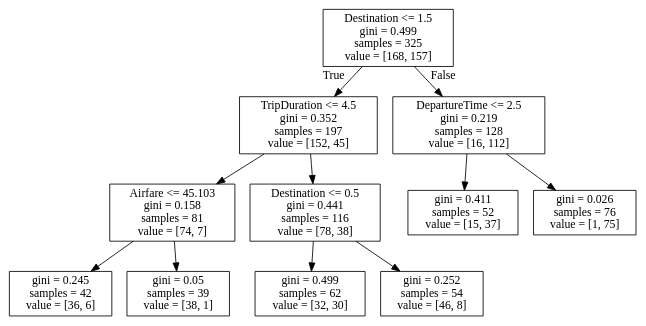
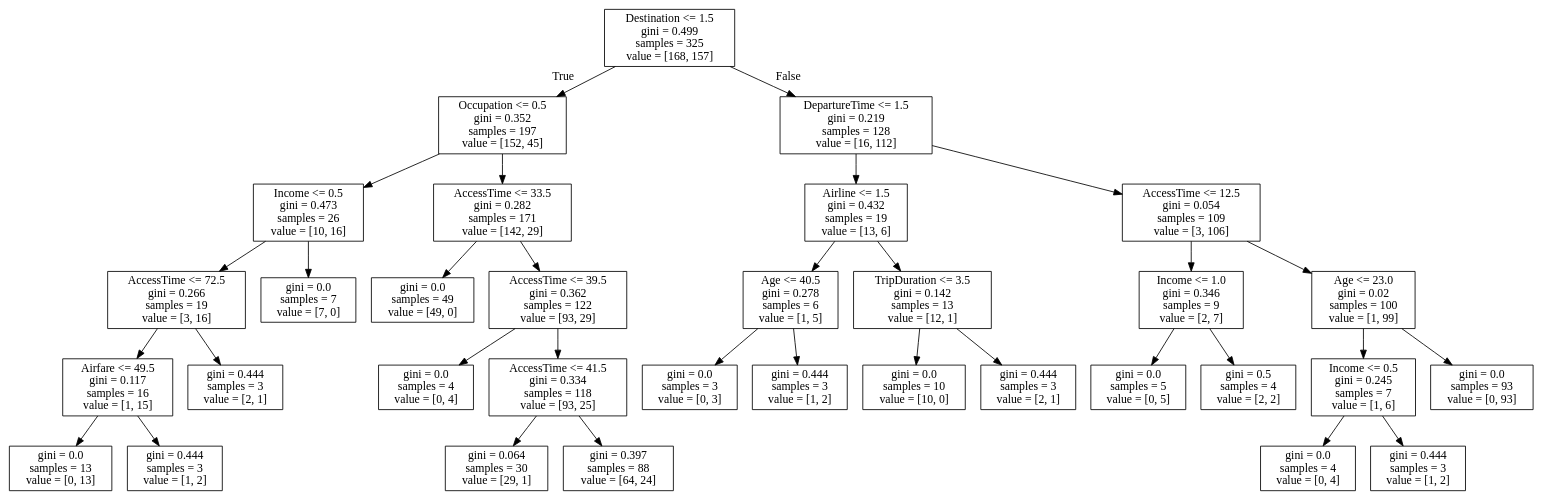
The diagram in Dtree_airport_2.dot (haoditu/BUAN_5310_ML), drawn with Graphviz before and after one commit. The commit also changed 1 other file, not shown here.

```diff
--- a/Dtree_airport_2.dot
+++ b/Dtree_airport_2.dot
@@ -1,24 +1,68 @@
 digraph Tree {
 node [shape=box] ;
 0 [label="Destination <= 1.5\ngini = 0.499\nsamples = 325\nvalue = [168, 157]"] ;
-1 [label="TripDuration <= 4.5\ngini = 0.352\nsamples = 197\nvalue = [152, 45]"] ;
+1 [label="Occupation <= 0.5\ngini = 0.352\nsamples = 197\nvalue = [152, 45]"] ;
 0 -> 1 [labeldistance=2.5, labelangle=45, headlabel="True"] ;
-2 [label="Airfare <= 45.103\ngini = 0.158\nsamples = 81\nvalue = [74, 7]"] ;
+2 [label="Income <= 0.5\ngini = 0.473\nsamples = 26\nvalue = [10, 16]"] ;
 1 -> 2 ;
-3 [label="gini = 0.245\nsamples = 42\nvalue = [36, 6]"] ;
+3 [label="AccessTime <= 72.5\ngini = 0.266\nsamples = 19\nvalue = [3, 16]"] ;
 2 -> 3 ;
-4 [label="gini = 0.05\nsamples = 39\nvalue = [38, 1]"] ;
-2 -> 4 ;
-5 [label="Destination <= 0.5\ngini = 0.441\nsamples = 116\nvalue = [78, 38]"] ;
-1 -> 5 ;
-6 [label="gini = 0.499\nsamples = 62\nvalue = [32, 30]"] ;
-5 -> 6 ;
-7 [label="gini = 0.252\nsamples = 54\nvalue = [46, 8]"] ;
-5 -> 7 ;
-8 [label="DepartureTime <= 2.5\ngini = 0.219\nsamples = 128\nvalue = [16, 112]"] ;
-0 -> 8 [labeldistance=2.5, labelangle=-45, headlabel="False"] ;
-9 [label="gini = 0.411\nsamples = 52\nvalue = [15, 37]"] ;
-8 -> 9 ;
-10 [label="gini = 0.026\nsamples = 76\nvalue = [1, 75]"] ;
-8 -> 10 ;
+4 [label="Airfare <= 49.5\ngini = 0.117\nsamples = 16\nvalue = [1, 15]"] ;
+3 -> 4 ;
+5 [label="gini = 0.0\nsamples = 13\nvalue = [0, 13]"] ;
+4 -> 5 ;
+6 [label="gini = 0.444\nsamples = 3\nvalue = [1, 2]"] ;
+4 -> 6 ;
+7 [label="gini = 0.444\nsamples = 3\nvalue = [2, 1]"] ;
+3 -> 7 ;
+8 [label="gini = 0.0\nsamples = 7\nvalue = [7, 0]"] ;
+2 -> 8 ;
+9 [label="AccessTime <= 33.5\ngini = 0.282\nsamples = 171\nvalue = [142, 29]"] ;
+1 -> 9 ;
+10 [label="gini = 0.0\nsamples = 49\nvalue = [49, 0]"] ;
+9 -> 10 ;
+11 [label="AccessTime <= 39.5\ngini = 0.362\nsamples = 122\nvalue = [93, 29]"] ;
+9 -> 11 ;
+12 [label="gini = 0.0\nsamples = 4\nvalue = [0, 4]"] ;
+11 -> 12 ;
+13 [label="AccessTime <= 41.5\ngini = 0.334\nsamples = 118\nvalue = [93, 25]"] ;
+11 -> 13 ;
+14 [label="gini = 0.064\nsamples = 30\nvalue = [29, 1]"] ;
+13 -> 14 ;
+15 [label="gini = 0.397\nsamples = 88\nvalue = [64, 24]"] ;
+13 -> 15 ;
+16 [label="DepartureTime <= 1.5\ngini = 0.219\nsamples = 128\nvalue = [16, 112]"] ;
+0 -> 16 [labeldistance=2.5, labelangle=-45, headlabel="False"] ;
+17 [label="Airline <= 1.5\ngini = 0.432\nsamples = 19\nvalue = [13, 6]"] ;
+16 -> 17 ;
+18 [label="Age <= 40.5\ngini = 0.278\nsamples = 6\nvalue = [1, 5]"] ;
+17 -> 18 ;
+19 [label="gini = 0.0\nsamples = 3\nvalue = [0, 3]"] ;
+18 -> 19 ;
+20 [label="gini = 0.444\nsamples = 3\nvalue = [1, 2]"] ;
+18 -> 20 ;
+21 [label="TripDuration <= 3.5\ngini = 0.142\nsamples = 13\nvalue = [12, 1]"] ;
+17 -> 21 ;
+22 [label="gini = 0.0\nsamples = 10\nvalue = [10, 0]"] ;
+21 -> 22 ;
+23 [label="gini = 0.444\nsamples = 3\nvalue = [2, 1]"] ;
+21 -> 23 ;
+24 [label="AccessTime <= 12.5\ngini = 0.054\nsamples = 109\nvalue = [3, 106]"] ;
+16 -> 24 ;
+25 [label="Income <= 1.0\ngini = 0.346\nsamples = 9\nvalue = [2, 7]"] ;
+24 -> 25 ;
+26 [label="gini = 0.0\nsamples = 5\nvalue = [0, 5]"] ;
+25 -> 26 ;
+27 [label="gini = 0.5\nsamples = 4\nvalue = [2, 2]"] ;
+25 -> 27 ;
+28 [label="Age <= 23.0\ngini = 0.02\nsamples = 100\nvalue = [1, 99]"] ;
+24 -> 28 ;
+29 [label="Income <= 0.5\ngini = 0.245\nsamples = 7\nvalue = [1, 6]"] ;
+28 -> 29 ;
+30 [label="gini = 0.0\nsamples = 4\nvalue = [0, 4]"] ;
+29 -> 30 ;
+31 [label="gini = 0.444\nsamples = 3\nvalue = [1, 2]"] ;
+29 -> 31 ;
+32 [label="gini = 0.0\nsamples = 93\nvalue = [0, 93]"] ;
+28 -> 32 ;
 }
```
